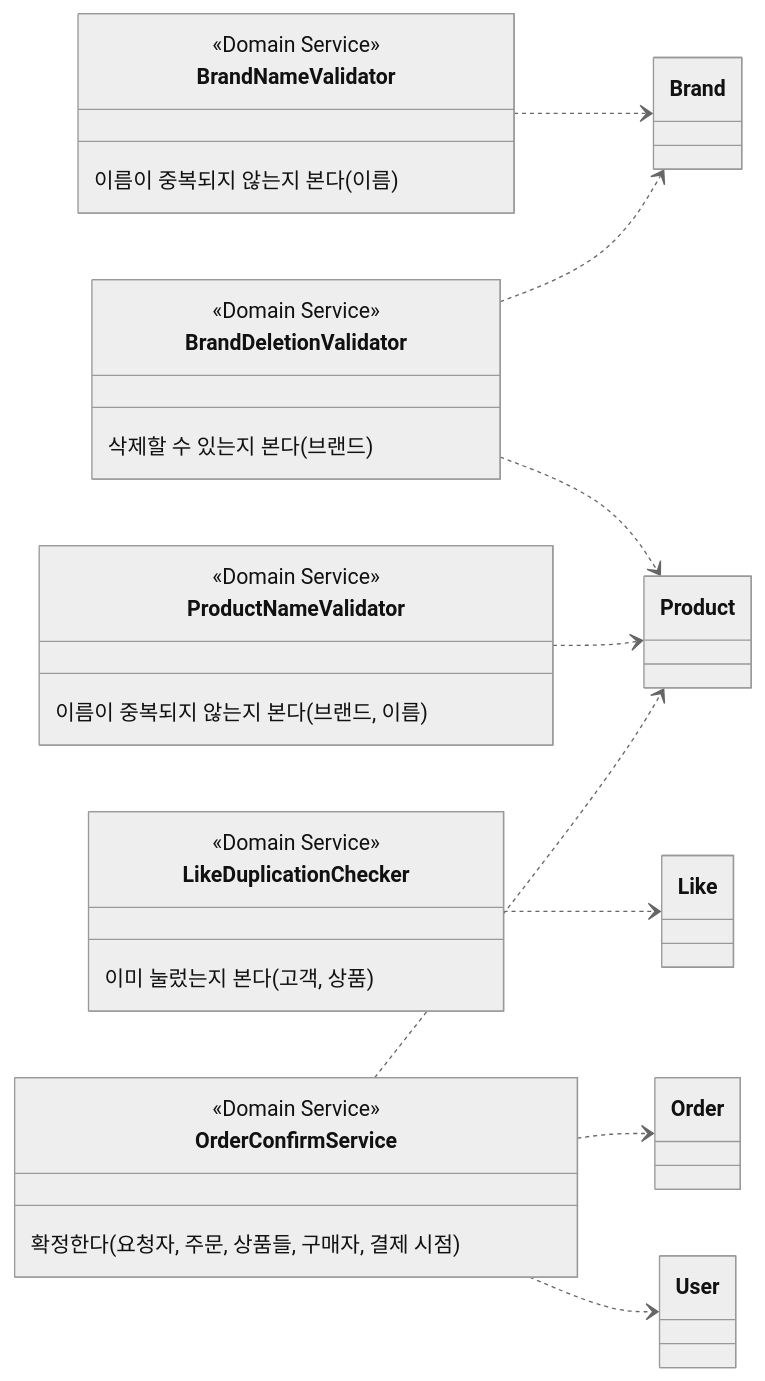
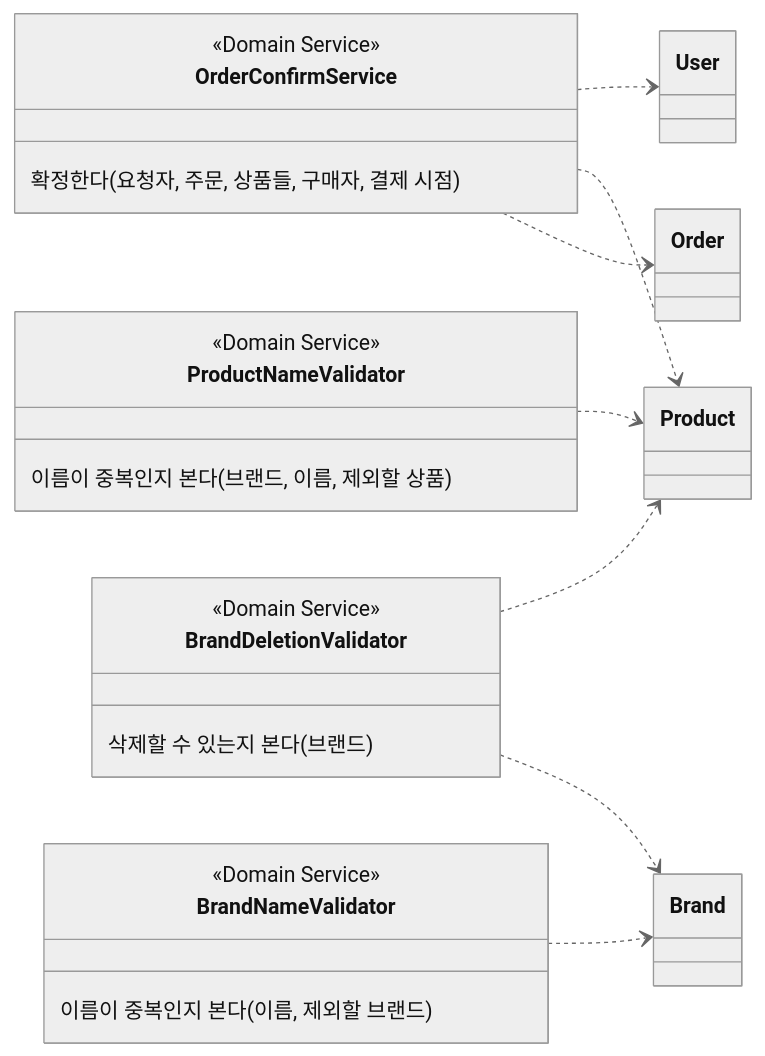
Before and after one commit to loopers-labs/loop-pack-be-l2-vol5-java: the second of 2 diagrams in docs/week2/domain-relations.md, drawn with Mermaid (neutral theme). The commit also changed other lines of this file, not shown here.

````diff
--- a/docs/week2/domain-relations.md
+++ b/docs/week2/domain-relations.md
@@ -123,34 +123,29 @@
 ```mermaid
 classDiagram
     direction LR
 
-    class BrandNameValidator {
+    class OrderConfirmService {
         <<Domain Service>>
-        이름이 중복되지 않는지 본다(이름)
+        확정한다(요청자, 주문, 상품들, 구매자, 결제 시점)
     }
     class BrandDeletionValidator {
         <<Domain Service>>
         삭제할 수 있는지 본다(브랜드)
     }
+    class BrandNameValidator {
+        <<Domain Service>>
+        이름이 중복인지 본다(이름, 제외할 브랜드)
+    }
     class ProductNameValidator {
         <<Domain Service>>
-        이름이 중복되지 않는지 본다(브랜드, 이름)
-    }
-    class LikeDuplicationChecker {
-        <<Domain Service>>
-        이미 눌렀는지 본다(고객, 상품)
-    }
-    class OrderConfirmService {
-        <<Domain Service>>
-        확정한다(요청자, 주문, 상품들, 구매자, 결제 시점)
+        이름이 중복인지 본다(브랜드, 이름, 제외할 상품)
     }
 
-    BrandNameValidator ..> Brand
-    BrandDeletionValidator ..> Brand
-    BrandDeletionValidator ..> Product
-    ProductNameValidator ..> Product
-    LikeDuplicationChecker ..> Like
     OrderConfirmService ..> Order
     OrderConfirmService ..> Product
     OrderConfirmService ..> User
+    BrandDeletionValidator ..> Brand
+    BrandDeletionValidator ..> Product
+    BrandNameValidator ..> Brand
+    ProductNameValidator ..> Product
 ```
````
